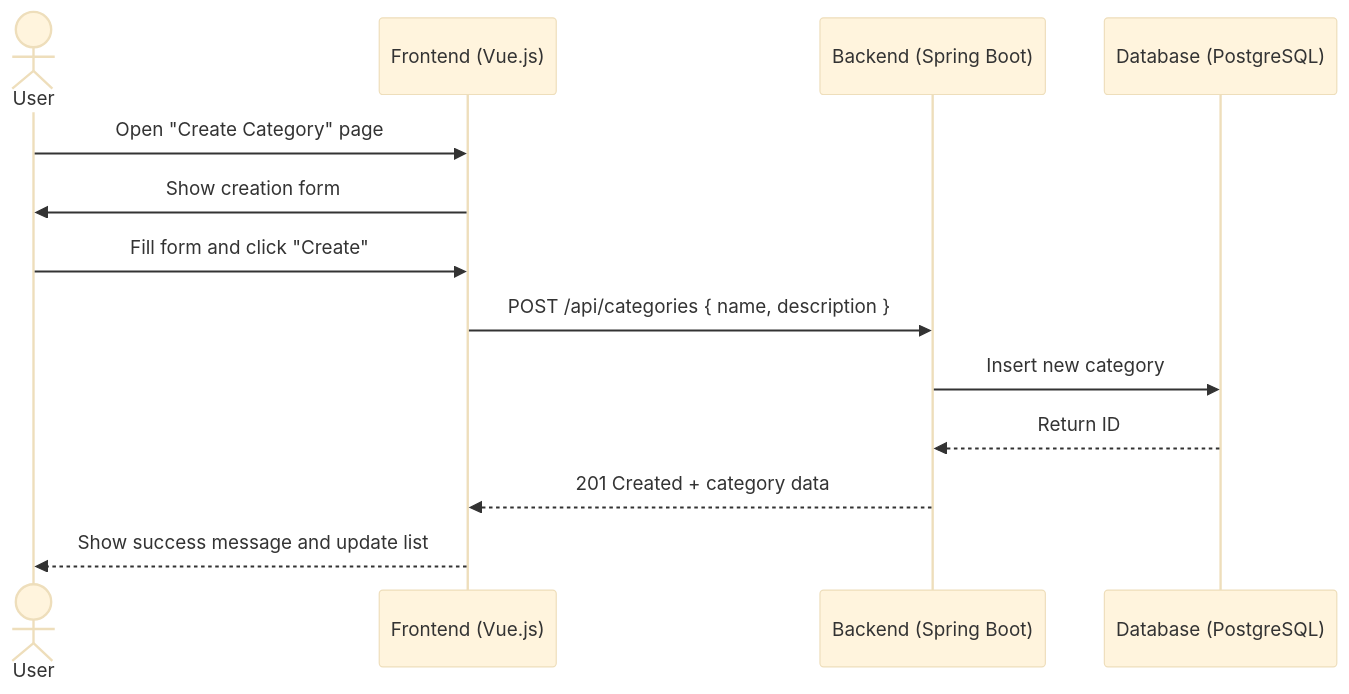
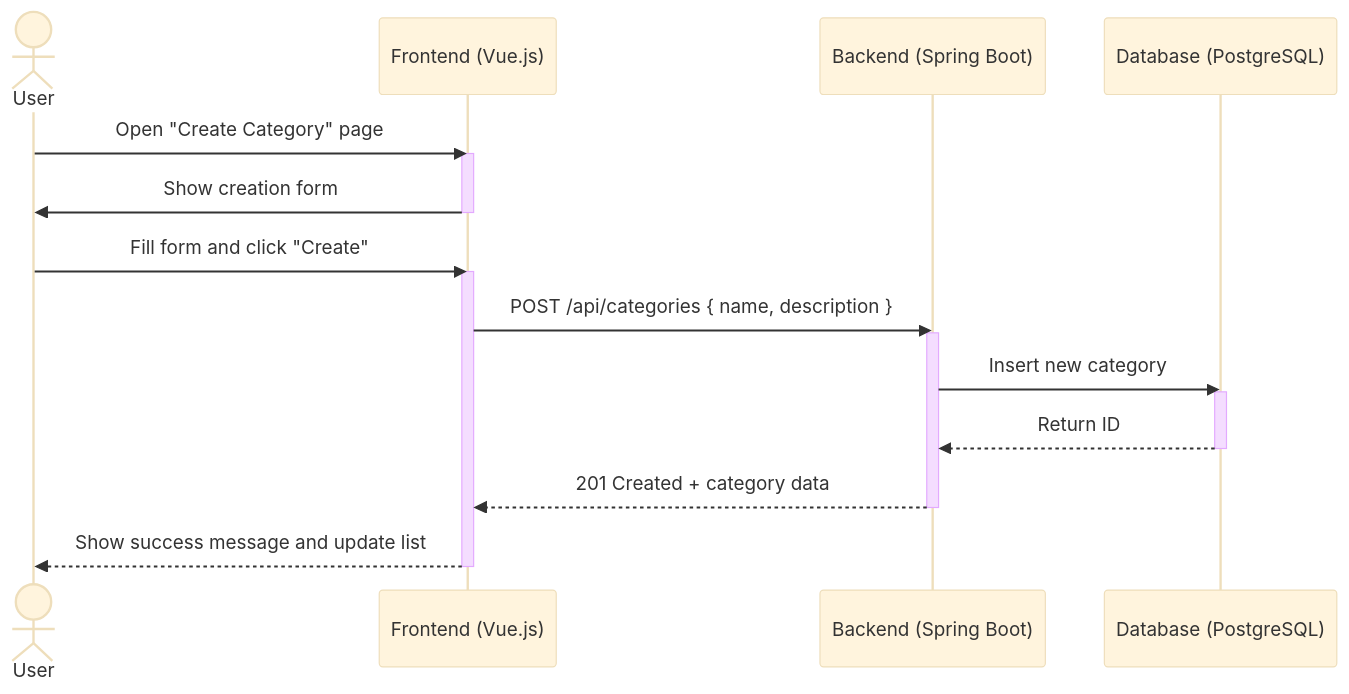
Before and after one commit to Nom-Nom-Now/docs: the diagram in Usecases/UC1_Creating_Category.md, drawn with Mermaid (base theme). The commit also changed 8 other files, not shown here.

Commit message:
add activity balken to diagrams

````diff
--- a/Usecases/UC1_Creating_Category.md
+++ b/Usecases/UC1_Creating_Category.md
@@ -20,16 +20,25 @@
 ```mermaid
 sequenceDiagram
     actor User
     participant FE as Frontend (Vue.js)
     participant BE as Backend (Spring Boot)
     participant DB as Database (PostgreSQL)
 
     User->>FE: Open "Create Category" page
+    activate FE
     FE->>User: Show creation form
+    deactivate FE
+
     User->>FE: Fill form and click "Create"
+    activate FE
     FE->>BE: POST /api/categories { name, description }
+    activate BE
     BE->>DB: Insert new category
+    activate DB
     DB-->>BE: Return ID
+    deactivate DB
     BE-->>FE: 201 Created + category data
+    deactivate BE
     FE-->>User: Show success message and update list
+    deactivate FE
 ```
````
